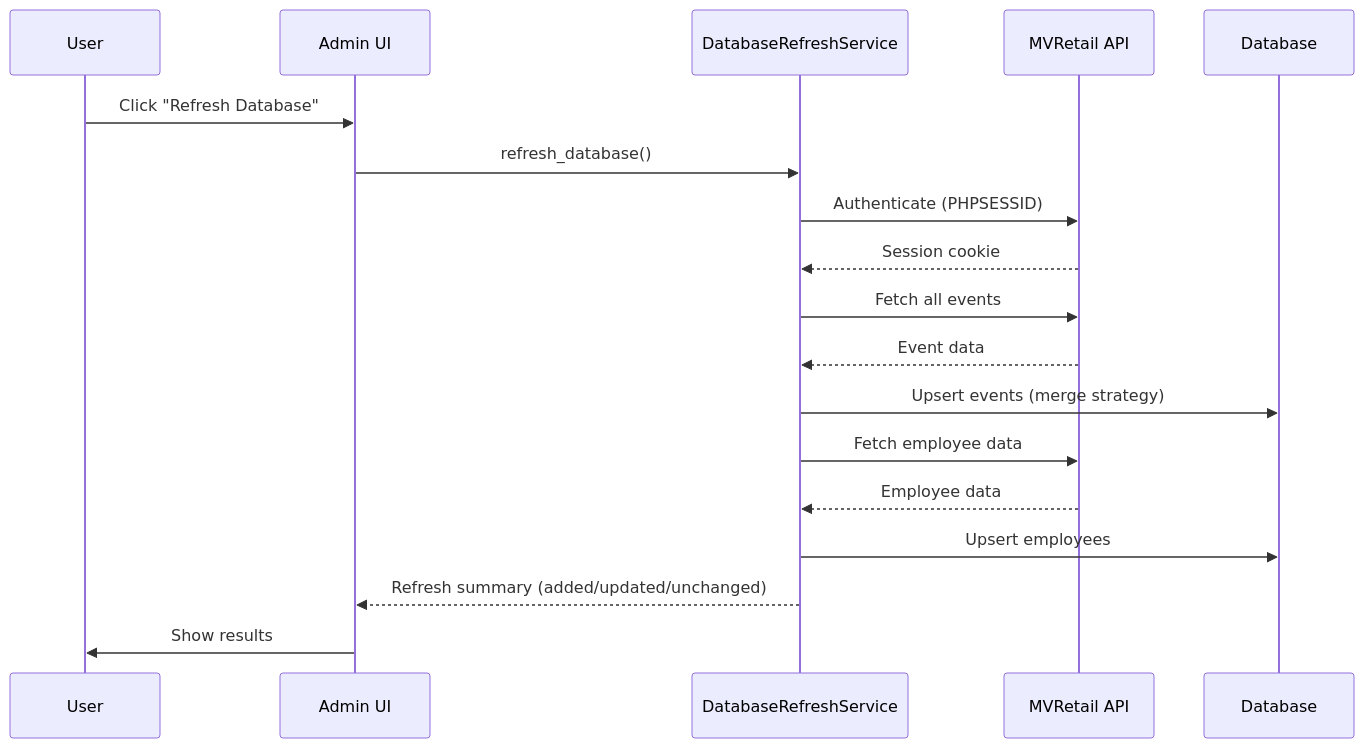
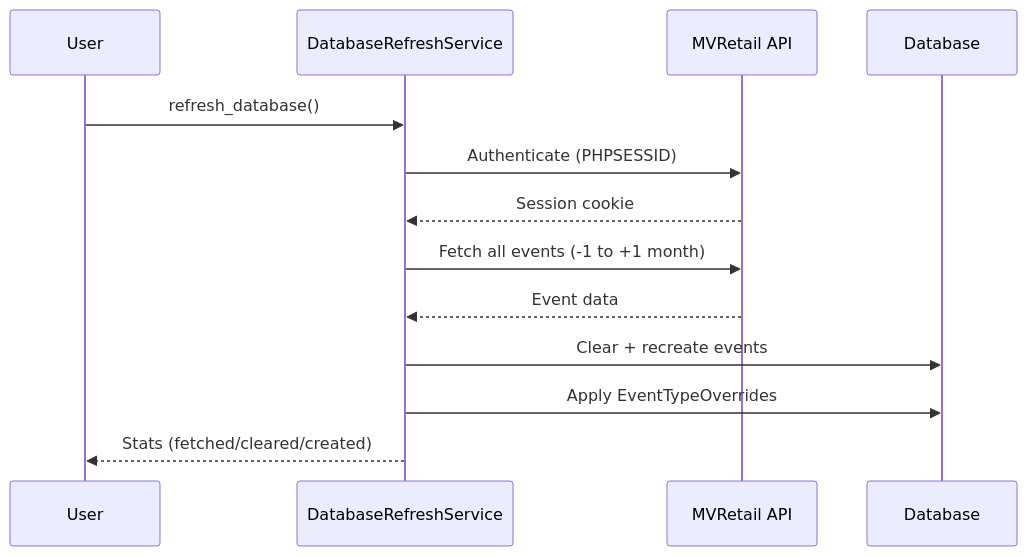
The fourth of 5 diagrams in docs/CODEBASE_MAP.md (cyberiseeyou/pceventmanager), drawn with Mermaid before and after one commit. The commit also changed other lines of this file and 71 other files, not shown here.

````diff
--- a/docs/CODEBASE_MAP.md
+++ b/docs/CODEBASE_MAP.md
@@ -837,21 +685,16 @@
 ```mermaid
 sequenceDiagram
     participant User
-    participant UI as Admin UI
     participant Service as DatabaseRefreshService
     participant API as MVRetail API
     participant DB as Database
 
-    User->>UI: Click "Refresh Database"
-    UI->>Service: refresh_database()
+    User->>Service: refresh_database()
     Service->>API: Authenticate (PHPSESSID)
     API-->>Service: Session cookie
-    Service->>API: Fetch all events
+    Service->>API: Fetch all events (-1 to +1 month)
     API-->>Service: Event data
-    Service->>DB: Upsert events (merge strategy)
-    Service->>API: Fetch employee data
-    API-->>Service: Employee data
-    Service->>DB: Upsert employees
-    Service-->>UI: Refresh summary (added/updated/unchanged)
-    UI->>User: Show results
+    Service->>DB: Clear + recreate events
+    Service->>DB: Apply EventTypeOverrides
+    Service-->>User: Stats (fetched/cleared/created)
 ```
````
